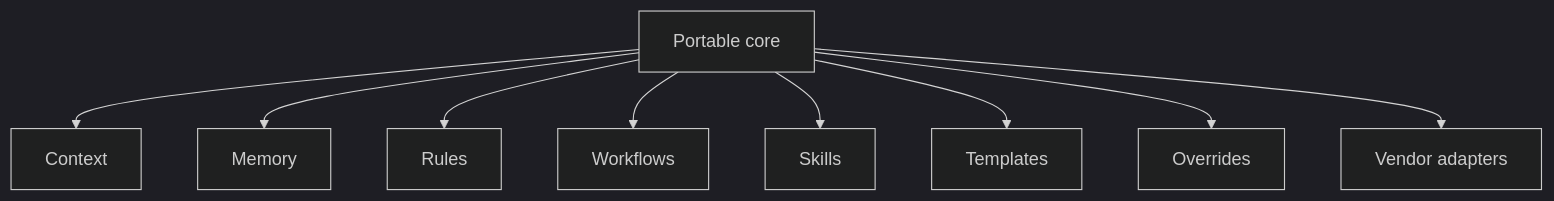
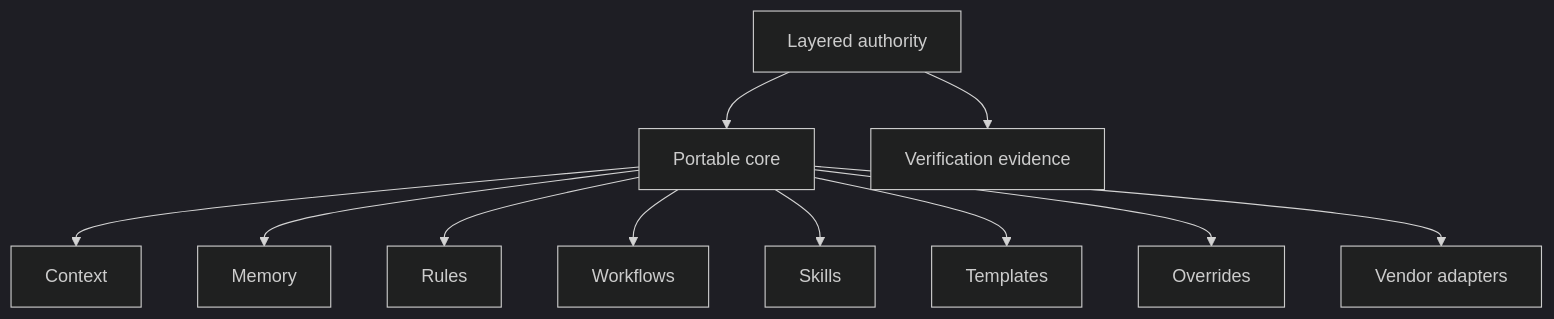
One commit to frachman/pakemin changed the diagram in docs/architecture/overview.md. Above: the diagram before and after it, drawn with Mermaid (dark theme). The commit also changed other lines of this file and 11 other files, not shown here.

````diff
--- a/docs/architecture/overview.md
+++ b/docs/architecture/overview.md
@@ -11,11 +11,13 @@
 ```mermaid
 flowchart TD
   A[Portable core] --> B[Context]
   A --> C[Memory]
   A --> D[Rules]
   A --> E[Workflows]
   A --> F[Skills]
   A --> G[Templates]
   A --> H[Overrides]
   A --> I[Vendor adapters]
+  J[Layered authority] --> A
+  J --> K[Verification evidence]
 ```
````
